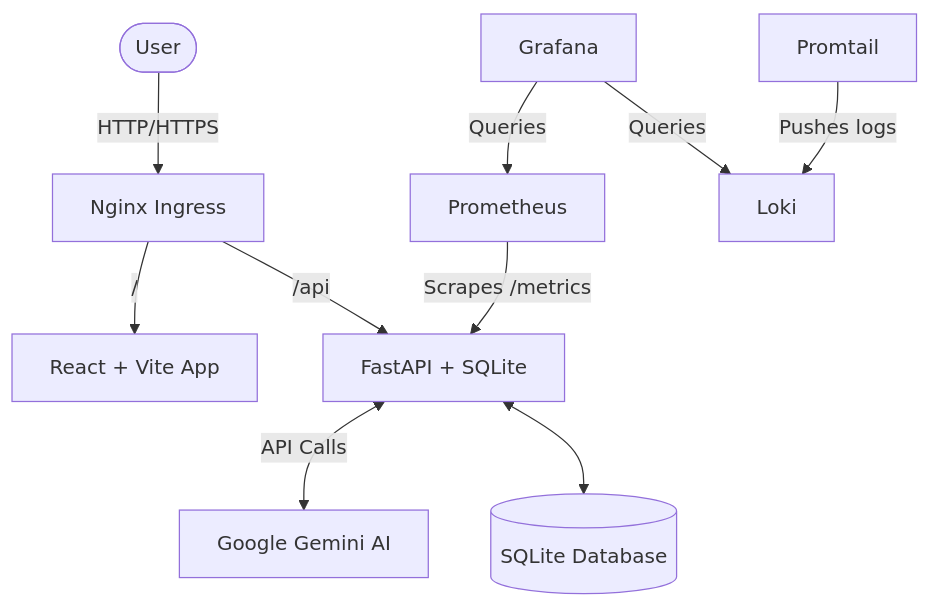
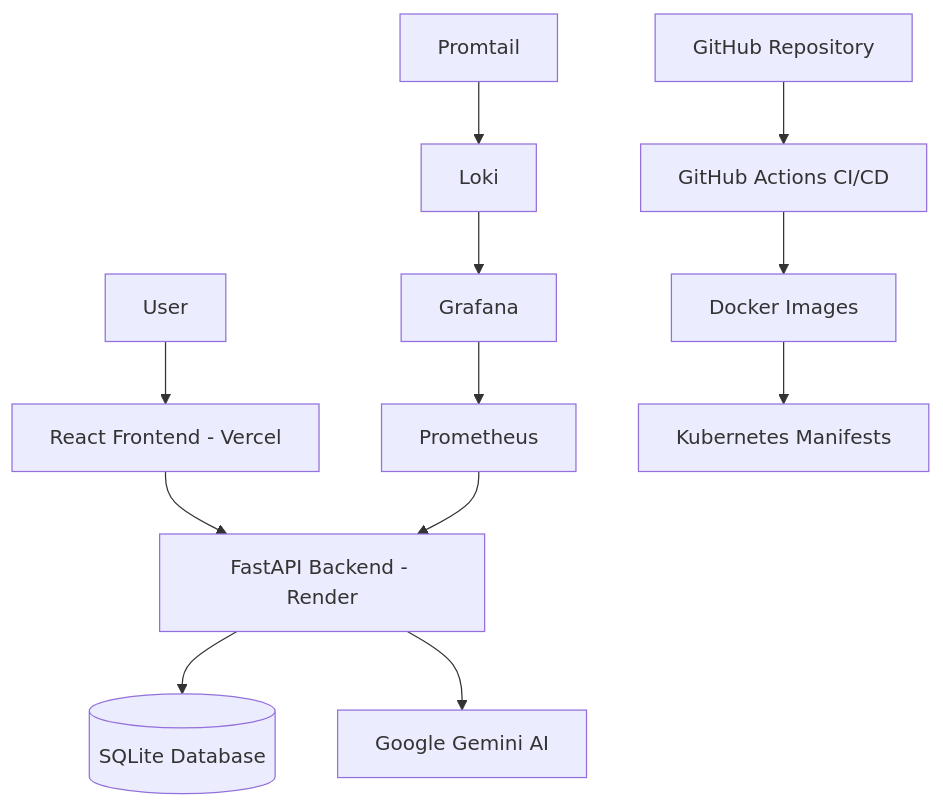
Before and after one commit to Kavinvk007/kubewatch-ai: the diagram in README.md, drawn with Mermaid. The commit also changed other lines of this file, not shown here.

````diff
--- a/README.md
+++ b/README.md
@@ -41,14 +69,17 @@
 ```mermaid
 graph TD
-    User([User]) -->|HTTP/HTTPS| Ingress[Nginx Ingress]
-    Ingress -->|/| Frontend[React + Vite App]
-    Ingress -->|/api| Backend[FastAPI + SQLite]
-    
-    Backend <-->|API Calls| Gemini[Google Gemini AI]
-    Backend <--> DB[(SQLite Database)]
-    
-    Prometheus[Prometheus] -->|Scrapes /metrics| Backend
-    Grafana[Grafana] -->|Queries| Prometheus
-    Grafana -->|Queries| Loki[Loki]
-    Promtail[Promtail] -->|Pushes logs| Loki
+    User[User] --> Frontend[React Frontend - Vercel]
+    Frontend --> Backend[FastAPI Backend - Render]
+    Backend --> Database[(SQLite Database)]
+    Backend --> Gemini[Google Gemini AI]
+
+    Prometheus[Prometheus] --> Backend
+    Grafana[Grafana] --> Prometheus
+
+    Loki[Loki] --> Grafana
+    Promtail[Promtail] --> Loki
+
+    GitHub[GitHub Repository] --> Actions[GitHub Actions CI/CD]
+    Actions --> Docker[Docker Images]
+    Docker --> Kubernetes[Kubernetes Manifests]
 ```
````
